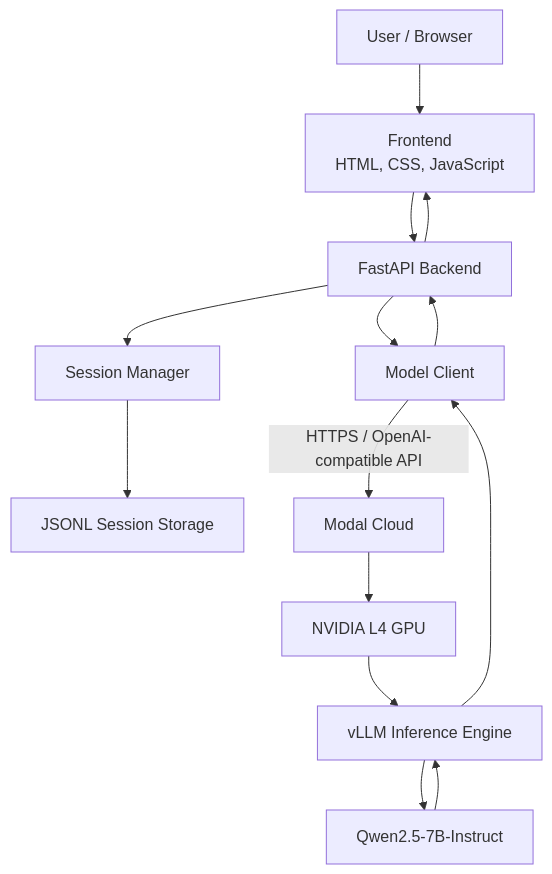
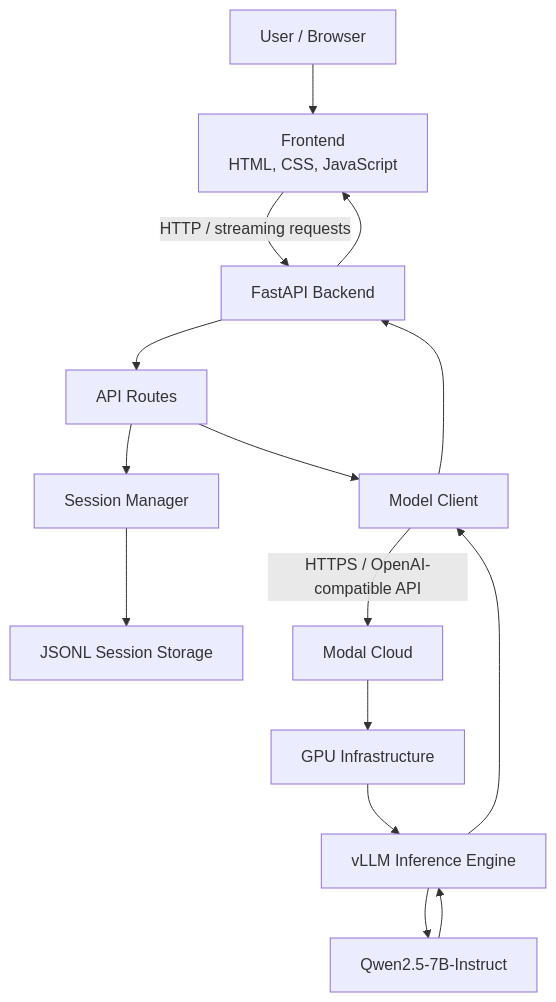
The first of 2 diagrams in README.md (matrixton02/neuralforge), drawn with Mermaid before and after one commit. The commit also changed other lines of this file, not shown here.

````diff
--- a/README.md
+++ b/README.md
@@ -40,16 +45,17 @@
-``` mermaid
+```mermaid
 flowchart TD
     A["User / Browser"] --> B["Frontend<br/>HTML, CSS, JavaScript"]
-    B --> C["FastAPI Backend"]
-    C --> D["Session Manager"]
-    D --> E["JSONL Session Storage"]
-    C --> F["Model Client"]
-    F -->|"HTTPS / OpenAI-compatible API"| G["Modal Cloud"]
-    G --> H["NVIDIA L4 GPU"]
-    H --> I["vLLM Inference Engine"]
-    I --> J["Qwen2.5-7B-Instruct"]
-    J --> I
-    I --> F
-    F --> C
+    B -->|"HTTP / streaming requests"| C["FastAPI Backend"]
+    C --> D["API Routes"]
+    D --> E["Session Manager"]
+    E --> F["JSONL Session Storage"]
+    D --> G["Model Client"]
+    G -->|"HTTPS / OpenAI-compatible API"| H["Modal Cloud"]
+    H --> I["GPU Infrastructure"]
+    I --> J["vLLM Inference Engine"]
+    J --> K["Qwen2.5-7B-Instruct"]
+    K --> J
+    J --> G
+    G --> C
     C --> B
 ```
````
